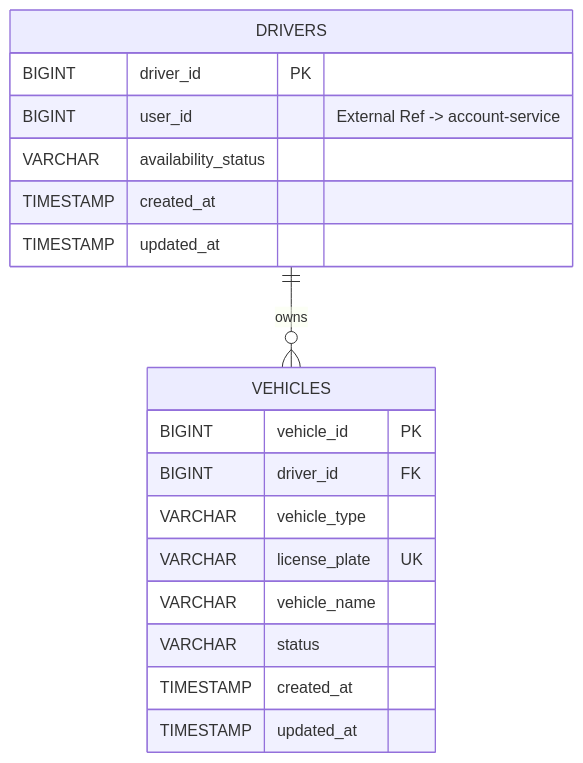
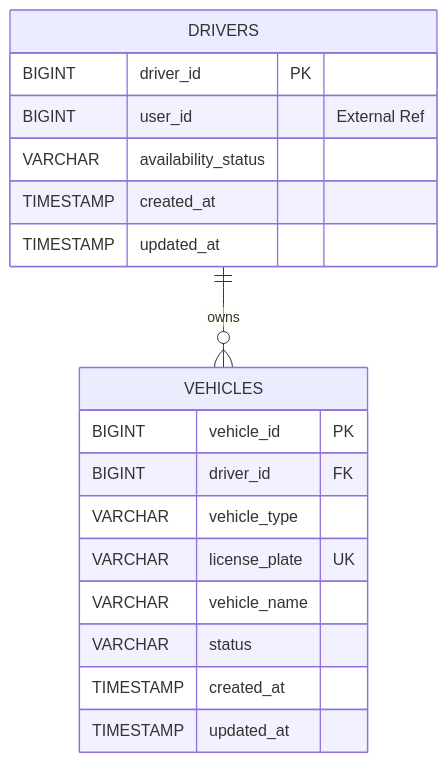
The third of 9 diagrams in Micro_Service_Design.md (buiphuongloan21032005-hub/23672941_BuiPhuongLoan_CabSystem), drawn with Mermaid before and after one commit. The commit also changed other lines of this file, not shown here.

````diff
--- a/Micro_Service_Design.md
+++ b/Micro_Service_Design.md
@@ -586,23 +763,21 @@
 ```mermaid
 erDiagram
     DRIVERS ||--o{ VEHICLES : owns
-
     DRIVERS {
         BIGINT driver_id PK
-        BIGINT user_id "External Ref -> account-service"
+        BIGINT user_id "External Ref"
         VARCHAR availability_status
         TIMESTAMP created_at
         TIMESTAMP updated_at
     }
-
     VEHICLES {
         BIGINT vehicle_id PK
         BIGINT driver_id FK
         VARCHAR vehicle_type
         VARCHAR license_plate UK
         VARCHAR vehicle_name
         VARCHAR status
         TIMESTAMP created_at
         TIMESTAMP updated_at
     }
 ```
````
